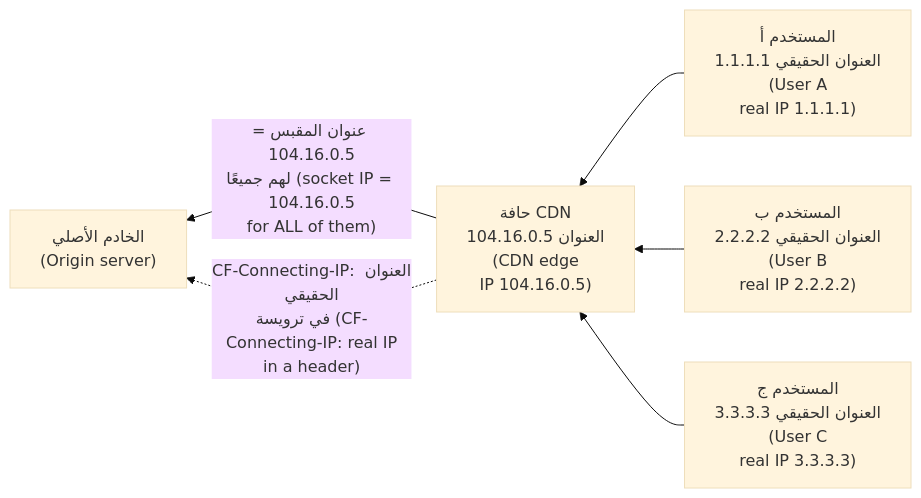
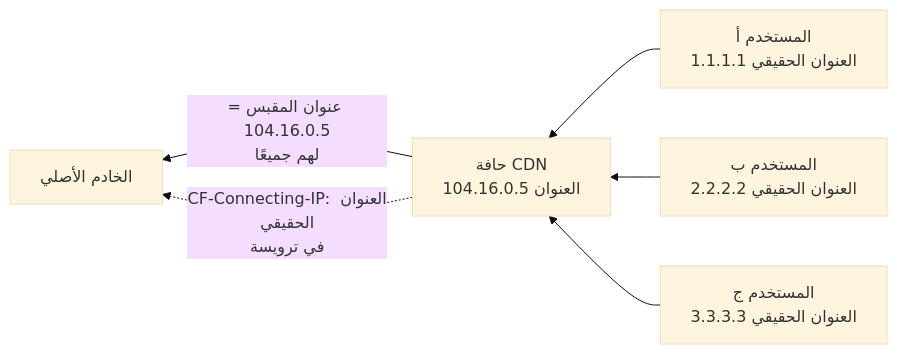
One commit to Tamoura/system-design-for-vibe-coders changed the second of 7 diagrams in modules/05-users-abuse/module.ar.md. Above: the diagram before and after it, drawn with Mermaid (base theme). The commit also changed other lines of this file and 551 other files, not shown here.

````diff
--- a/modules/05-users-abuse/module.ar.md
+++ b/modules/05-users-abuse/module.ar.md
@@ -226,8 +226,8 @@
 ```mermaid
 flowchart RL
-    U1["المستخدم أ<br/>العنوان الحقيقي 1.1.1.1<br/>(User A<br/>real IP 1.1.1.1)"] --> CDN["حافة CDN<br/>العنوان 104.16.0.5<br/>(CDN edge<br/>IP 104.16.0.5)"]
-    U2["المستخدم ب<br/>العنوان الحقيقي 2.2.2.2<br/>(User B<br/>real IP 2.2.2.2)"] --> CDN
-    U3["المستخدم ج<br/>العنوان الحقيقي 3.3.3.3<br/>(User C<br/>real IP 3.3.3.3)"] --> CDN
-    CDN -->|"عنوان المقبس = 104.16.0.5<br/>لهم جميعًا (socket IP = 104.16.0.5<br/>for ALL of them)"| O["الخادم الأصلي<br/>(Origin server)"]
-    CDN -.->|"CF-Connecting-IP: العنوان الحقيقي<br/>في ترويسة (CF-Connecting-IP: real IP<br/>in a header)"| O
+    U1["المستخدم أ<br/>العنوان الحقيقي 1.1.1.1"] --> CDN["حافة CDN<br/>العنوان 104.16.0.5"]
+    U2["المستخدم ب<br/>العنوان الحقيقي 2.2.2.2"] --> CDN
+    U3["المستخدم ج<br/>العنوان الحقيقي 3.3.3.3"] --> CDN
+    CDN -->|"عنوان المقبس = 104.16.0.5<br/>لهم جميعًا"| O["الخادم الأصلي"]
+    CDN -.->|"CF-Connecting-IP: العنوان الحقيقي<br/>في ترويسة"| O
 ```
````
